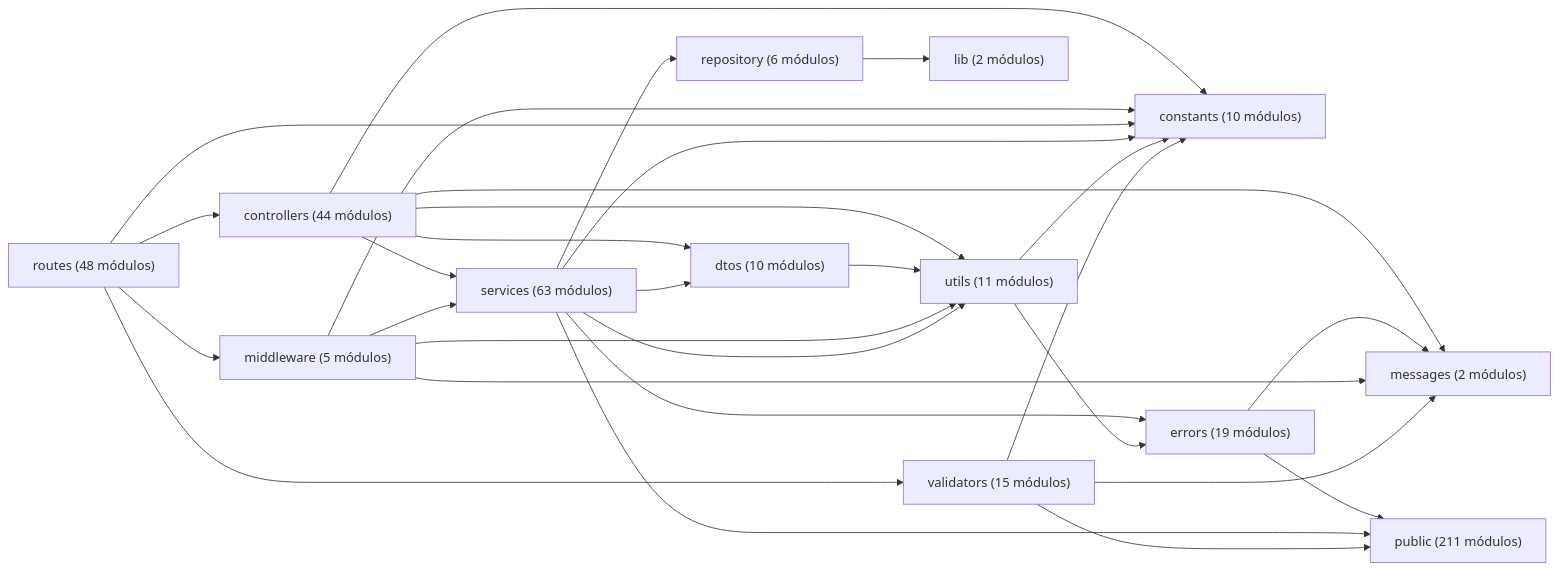
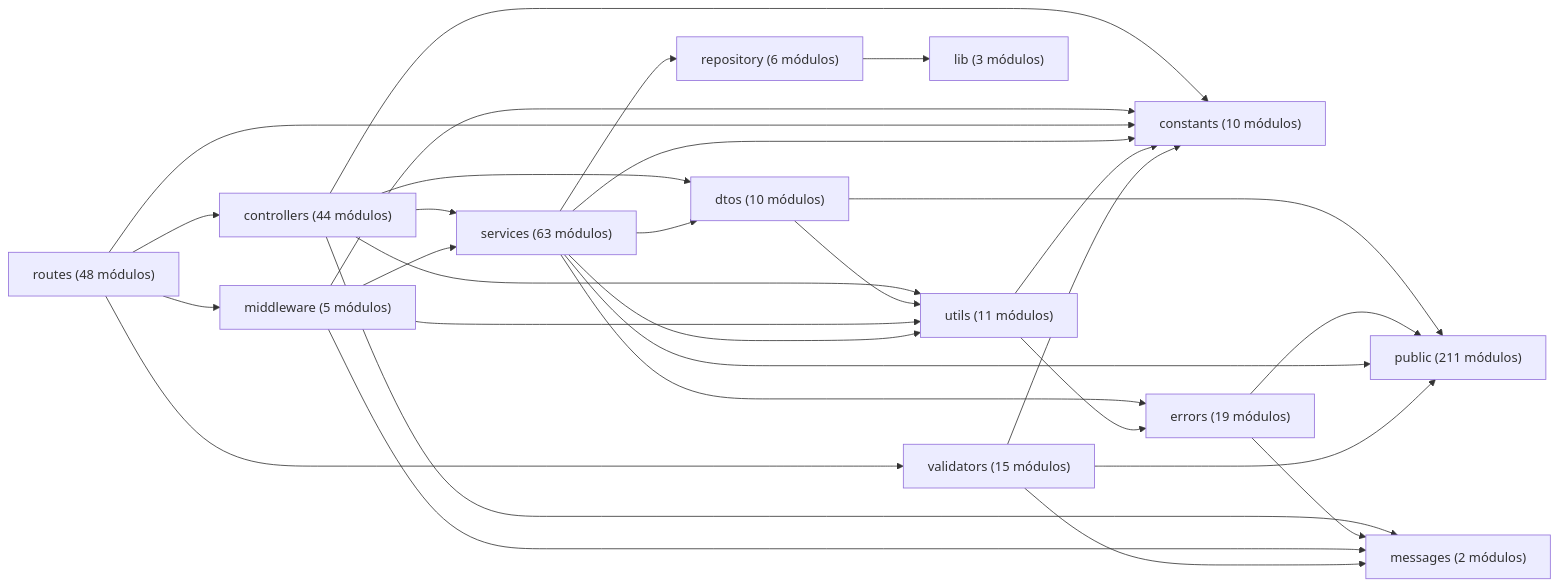
Before and after one commit to gpgsistemas01/nexus: the diagram in docs/architecture/views/development/code-map.md, drawn with Mermaid. The commit also changed 79 other files, not shown here.

````diff
--- a/docs/architecture/views/development/code-map.md
+++ b/docs/architecture/views/development/code-map.md
@@ -14,31 +14,32 @@
 ```mermaid
 flowchart LR
     controllers["controllers (44 módulos)"] --> constants["constants (10 módulos)"]
     controllers["controllers (44 módulos)"] --> dtos["dtos (10 módulos)"]
     controllers["controllers (44 módulos)"] --> messages["messages (2 módulos)"]
     controllers["controllers (44 módulos)"] --> services["services (63 módulos)"]
     controllers["controllers (44 módulos)"] --> utils["utils (11 módulos)"]
+    dtos["dtos (10 módulos)"] --> public["public (211 módulos)"]
     dtos["dtos (10 módulos)"] --> utils["utils (11 módulos)"]
     errors["errors (19 módulos)"] --> messages["messages (2 módulos)"]
     errors["errors (19 módulos)"] --> public["public (211 módulos)"]
     middleware["middleware (5 módulos)"] --> constants["constants (10 módulos)"]
     middleware["middleware (5 módulos)"] --> messages["messages (2 módulos)"]
     middleware["middleware (5 módulos)"] --> services["services (63 módulos)"]
     middleware["middleware (5 módulos)"] --> utils["utils (11 módulos)"]
-    repository["repository (6 módulos)"] --> lib["lib (2 módulos)"]
+    repository["repository (6 módulos)"] --> lib["lib (3 módulos)"]
     routes["routes (48 módulos)"] --> constants["constants (10 módulos)"]
     routes["routes (48 módulos)"] --> controllers["controllers (44 módulos)"]
     routes["routes (48 módulos)"] --> middleware["middleware (5 módulos)"]
     routes["routes (48 módulos)"] --> validators["validators (15 módulos)"]
     services["services (63 módulos)"] --> constants["constants (10 módulos)"]
     services["services (63 módulos)"] --> dtos["dtos (10 módulos)"]
     services["services (63 módulos)"] --> errors["errors (19 módulos)"]
     services["services (63 módulos)"] --> public["public (211 módulos)"]
     services["services (63 módulos)"] --> repository["repository (6 módulos)"]
     services["services (63 módulos)"] --> utils["utils (11 módulos)"]
     utils["utils (11 módulos)"] --> constants["constants (10 módulos)"]
     utils["utils (11 módulos)"] --> errors["errors (19 módulos)"]
     validators["validators (15 módulos)"] --> constants["constants (10 módulos)"]
     validators["validators (15 módulos)"] --> messages["messages (2 módulos)"]
     validators["validators (15 módulos)"] --> public["public (211 módulos)"]
 ```
````
